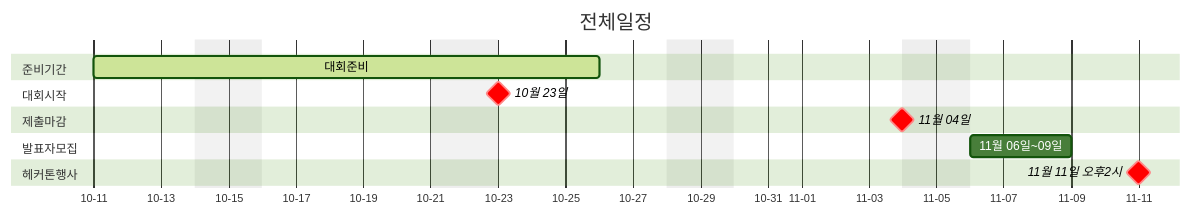
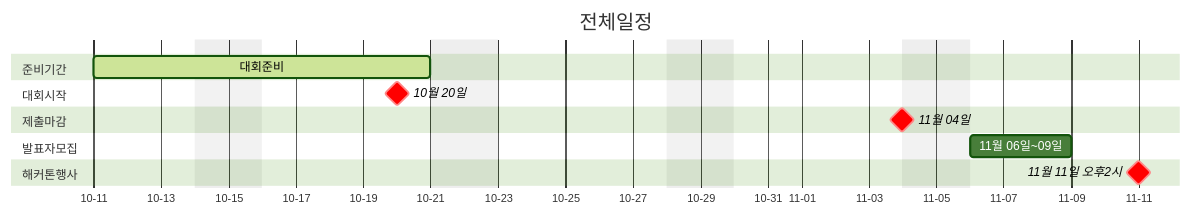
One commit to Pseudo-Lab/huggingface-hackathon23 changed the first of 2 diagrams in logistics/index.qmd. Above: the diagram before and after it, drawn with Mermaid (forest theme). The commit also changed other lines of this file and 6 other files, not shown here.

````diff
--- a/logistics/index.qmd
+++ b/logistics/index.qmd
@@ -6,17 +4,17 @@
 ```{mermaid}
 gantt
       title 전체일정
       dateFormat MM-DD
       axisFormat %m-%d
       excludes    weekends
       section 준비기간
-         대회준비                :active, 10-11, 10-22
+         대회준비                :active, 10-11, 10-19
       section 대회시작
-         10월 23일            :crit, milestone,  10-23, 10-23
+         10월 20일            :crit, milestone,  10-20, 10-20
       section 제출마감
          11월 04일            :crit, milestone,  11-04, 11-04
       section 발표자모집
          11월 06일~09일  :11-06, 11-09
-      section 헤커톤행사
+      section 해커톤행사
          11월 11일 오후2시  :crit, milestone, 11-11, 11-11
 ```
````
